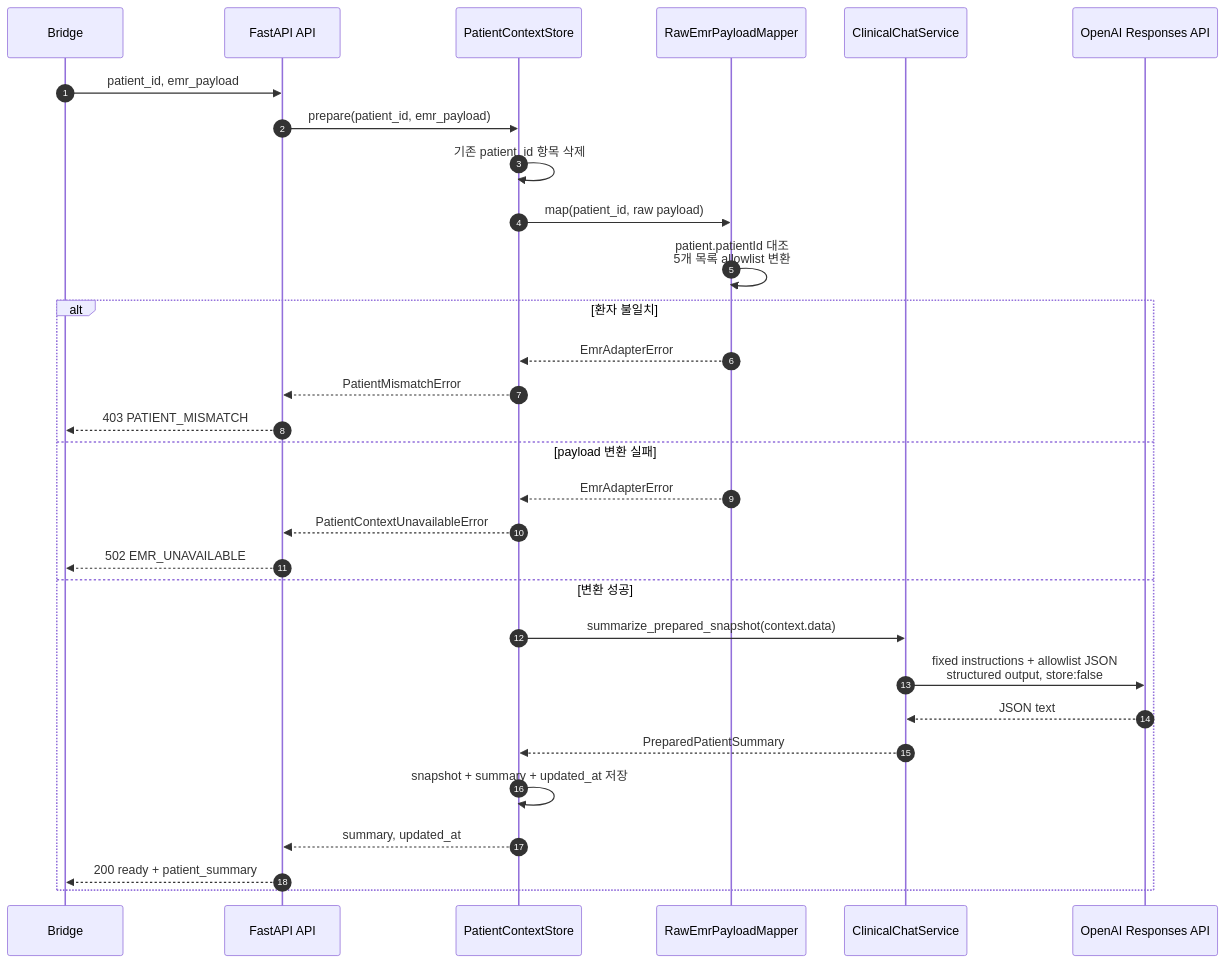
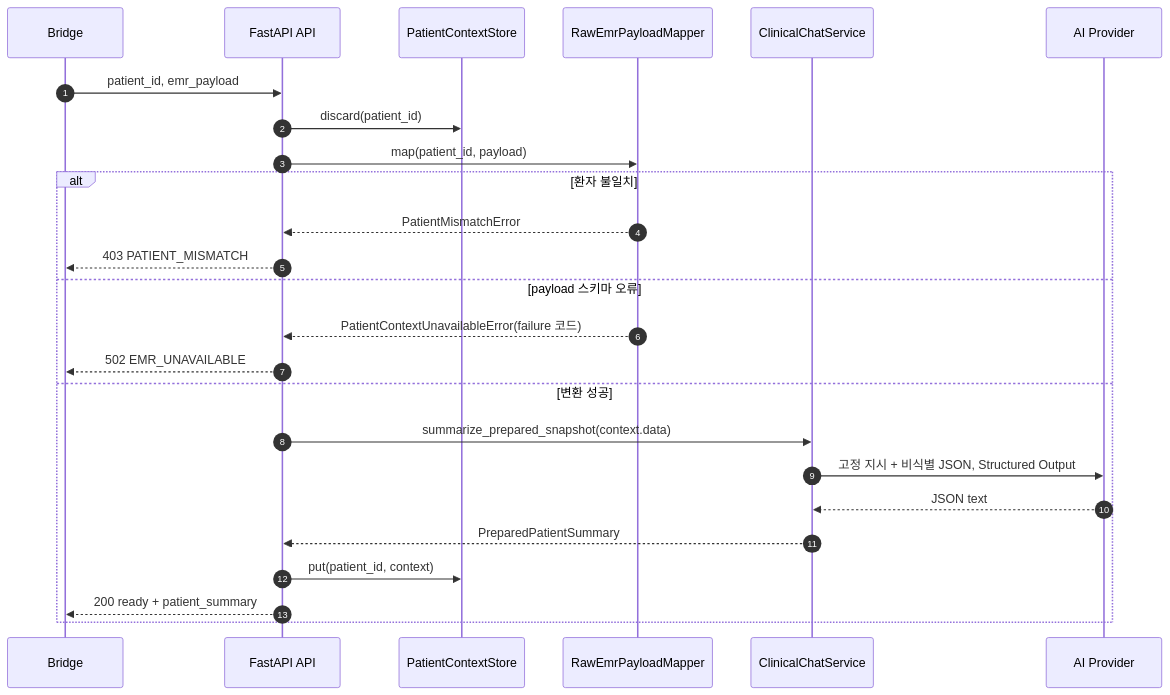
The second of 3 diagrams in docs/current_architecture.md (alden-main/AX_G_AI), drawn with Mermaid before and after one commit. The commit also changed other lines of this file and 8 other files, not shown here.

````diff
--- a/docs/current_architecture.md
+++ b/docs/current_architecture.md
@@ -145,33 +61,28 @@
 ```mermaid
 sequenceDiagram
     autonumber
     participant B as Bridge
     participant A as FastAPI API
     participant S as PatientContextStore
     participant M as RawEmrPayloadMapper
     participant C as ClinicalChatService
-    participant O as OpenAI Responses API
+    participant P as AI Provider
 
     B->>A: patient_id, emr_payload
-    A->>S: prepare(patient_id, emr_payload)
-    S->>S: 기존 patient_id 항목 삭제
-    S->>M: map(patient_id, raw payload)
-    M->>M: patient.patientId 대조<br/>5개 목록 allowlist 변환
+    A->>S: discard(patient_id)
+    A->>M: map(patient_id, payload)
     alt 환자 불일치
-        M-->>S: EmrAdapterError
-        S-->>A: PatientMismatchError
+        M-->>A: PatientMismatchError
         A-->>B: 403 PATIENT_MISMATCH
-    else payload 변환 실패
-        M-->>S: EmrAdapterError
-        S-->>A: PatientContextUnavailableError
+    else payload 스키마 오류
+        M-->>A: PatientContextUnavailableError(failure 코드)
         A-->>B: 502 EMR_UNAVAILABLE
     else 변환 성공
-        S->>C: summarize_prepared_snapshot(context.data)
-        C->>O: fixed instructions + allowlist JSON<br/>structured output, store:false
-        O-->>C: JSON text
-        C-->>S: PreparedPatientSummary
-        S->>S: snapshot + summary + updated_at 저장
-        S-->>A: summary, updated_at
+        A->>C: summarize_prepared_snapshot(context.data)
+        C->>P: 고정 지시 + 비식별 JSON, Structured Output
+        P-->>C: JSON text
+        C-->>A: PreparedPatientSummary
+        A->>S: put(patient_id, context)
         A-->>B: 200 ready + patient_summary
     end
 ```
````
